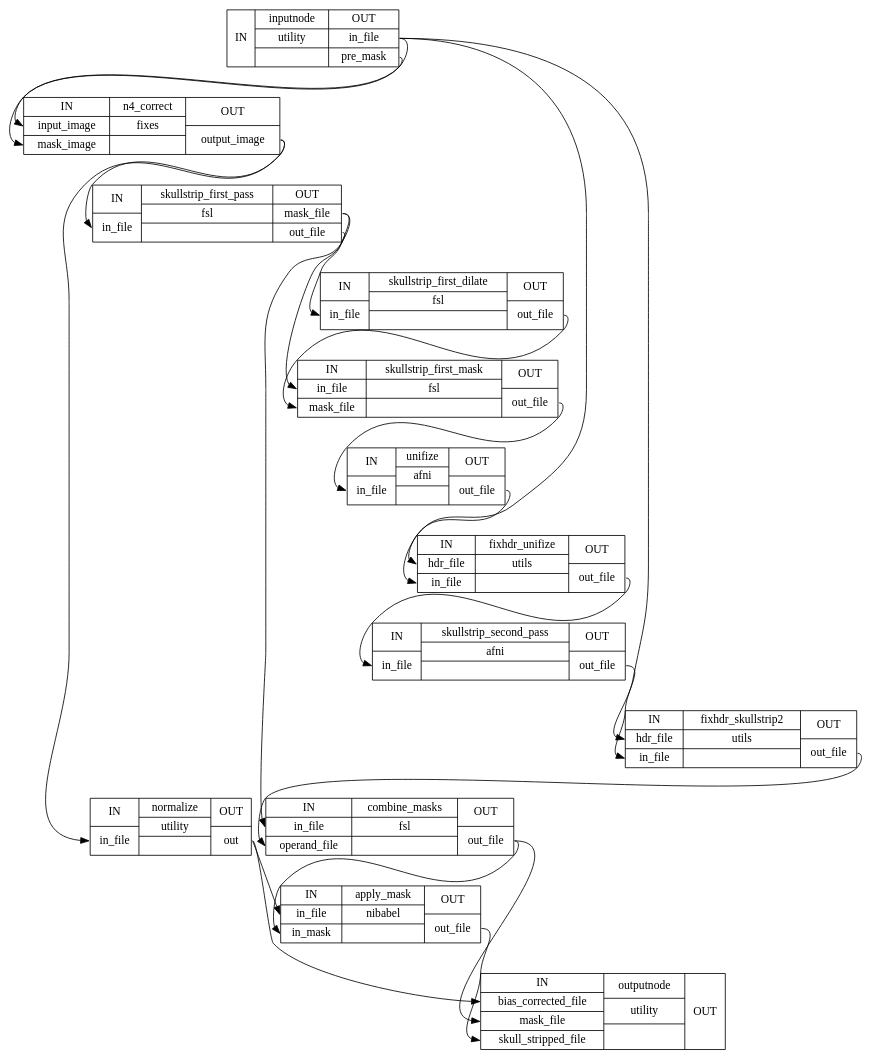
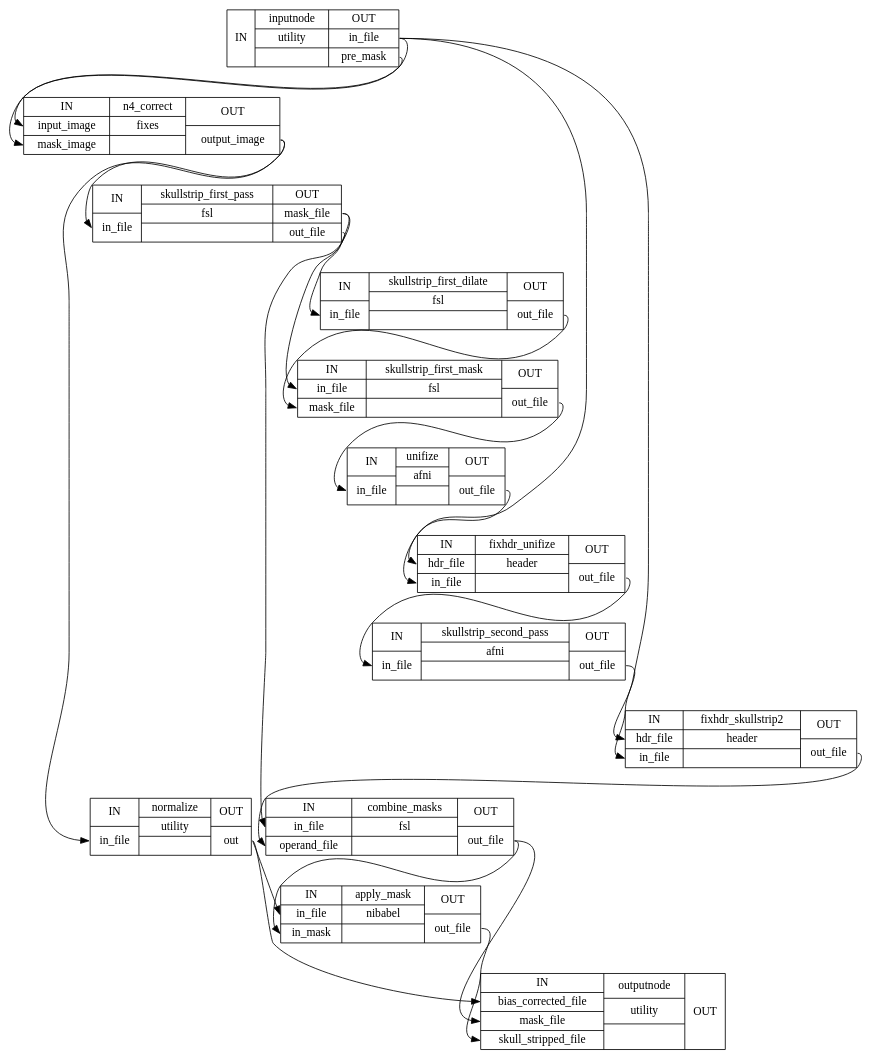
Before and after one commit to nipreps/dmriprep: the diagram in 0.3.0/wf_directive/api/enhance_and_skullstrip_dwi_wf/dmriprep-workflows-dwi-util-2_detailed.dot, drawn with Graphviz. The commit also changed 473 other files, not shown here.

```diff
--- a/0.3.0/wf_directive/api/enhance_and_skullstrip_dwi_wf/dmriprep-workflows-dwi-util-2_detailed.dot
+++ b/0.3.0/wf_directive/api/enhance_and_skullstrip_dwi_wf/dmriprep-workflows-dwi-util-2_detailed.dot
@@ -1,36 +1,36 @@
 digraph structs {
 node [shape=record];
 enhance_and_skullstrip_dwi_wfinputnode [label="{IN}|{ inputnode | utility |  }|{OUT|<outinfile> in_file|<outpremask> pre_mask}"];
 enhance_and_skullstrip_dwi_wfn4_correct [label="{IN|<ininputimage> input_image|<inmaskimage> mask_image}|{ n4_correct | fixes |  }|{OUT|<outoutputimage> output_image}"];
 enhance_and_skullstrip_dwi_wfnormalize [label="{IN|<ininfile> in_file}|{ normalize | utility |  }|{OUT|<outout> out}"];
 enhance_and_skullstrip_dwi_wfskullstrip_first_pass [label="{IN|<ininfile> in_file}|{ skullstrip_first_pass | fsl |  }|{OUT|<outmaskfile> mask_file|<outoutfile> out_file}"];
 enhance_and_skullstrip_dwi_wfskullstrip_first_dilate [label="{IN|<ininfile> in_file}|{ skullstrip_first_dilate | fsl |  }|{OUT|<outoutfile> out_file}"];
 enhance_and_skullstrip_dwi_wfskullstrip_first_mask [label="{IN|<ininfile> in_file|<inmaskfile> mask_file}|{ skullstrip_first_mask | fsl |  }|{OUT|<outoutfile> out_file}"];
 enhance_and_skullstrip_dwi_wfunifize [label="{IN|<ininfile> in_file}|{ unifize | afni |  }|{OUT|<outoutfile> out_file}"];
-enhance_and_skullstrip_dwi_wffixhdr_unifize [label="{IN|<inhdrfile> hdr_file|<ininfile> in_file}|{ fixhdr_unifize | utils |  }|{OUT|<outoutfile> out_file}"];
+enhance_and_skullstrip_dwi_wffixhdr_unifize [label="{IN|<inhdrfile> hdr_file|<ininfile> in_file}|{ fixhdr_unifize | header |  }|{OUT|<outoutfile> out_file}"];
 enhance_and_skullstrip_dwi_wfskullstrip_second_pass [label="{IN|<ininfile> in_file}|{ skullstrip_second_pass | afni |  }|{OUT|<outoutfile> out_file}"];
-enhance_and_skullstrip_dwi_wffixhdr_skullstrip2 [label="{IN|<inhdrfile> hdr_file|<ininfile> in_file}|{ fixhdr_skullstrip2 | utils |  }|{OUT|<outoutfile> out_file}"];
+enhance_and_skullstrip_dwi_wffixhdr_skullstrip2 [label="{IN|<inhdrfile> hdr_file|<ininfile> in_file}|{ fixhdr_skullstrip2 | header |  }|{OUT|<outoutfile> out_file}"];
 enhance_and_skullstrip_dwi_wfcombine_masks [label="{IN|<ininfile> in_file|<inoperandfile> operand_file}|{ combine_masks | fsl |  }|{OUT|<outoutfile> out_file}"];
 enhance_and_skullstrip_dwi_wfapply_mask [label="{IN|<ininfile> in_file|<ininmask> in_mask}|{ apply_mask | nibabel |  }|{OUT|<outoutfile> out_file}"];
 enhance_and_skullstrip_dwi_wfoutputnode [label="{IN|<inbiascorrectedfile> bias_corrected_file|<inmaskfile> mask_file|<inskullstrippedfile> skull_stripped_file}|{ outputnode | utility |  }|{OUT}"];
 enhance_and_skullstrip_dwi_wfapply_mask:outoutfile:e -> enhance_and_skullstrip_dwi_wfoutputnode:inskullstrippedfile:w;
 enhance_and_skullstrip_dwi_wfcombine_masks:outoutfile:e -> enhance_and_skullstrip_dwi_wfapply_mask:ininmask:w;
 enhance_and_skullstrip_dwi_wfcombine_masks:outoutfile:e -> enhance_and_skullstrip_dwi_wfoutputnode:inmaskfile:w;
 enhance_and_skullstrip_dwi_wffixhdr_skullstrip2:outoutfile:e -> enhance_and_skullstrip_dwi_wfcombine_masks:inoperandfile:w;
 enhance_and_skullstrip_dwi_wffixhdr_unifize:outoutfile:e -> enhance_and_skullstrip_dwi_wfskullstrip_second_pass:ininfile:w;
 enhance_and_skullstrip_dwi_wfinputnode:outinfile:e -> enhance_and_skullstrip_dwi_wffixhdr_skullstrip2:inhdrfile:w;
 enhance_and_skullstrip_dwi_wfinputnode:outinfile:e -> enhance_and_skullstrip_dwi_wffixhdr_unifize:inhdrfile:w;
 enhance_and_skullstrip_dwi_wfinputnode:outinfile:e -> enhance_and_skullstrip_dwi_wfn4_correct:ininputimage:w;
 enhance_and_skullstrip_dwi_wfinputnode:outpremask:e -> enhance_and_skullstrip_dwi_wfn4_correct:inmaskimage:w;
 enhance_and_skullstrip_dwi_wfn4_correct:outoutputimage:e -> enhance_and_skullstrip_dwi_wfnormalize:ininfile:w;
 enhance_and_skullstrip_dwi_wfn4_correct:outoutputimage:e -> enhance_and_skullstrip_dwi_wfskullstrip_first_pass:ininfile:w;
 enhance_and_skullstrip_dwi_wfnormalize:outout:e -> enhance_and_skullstrip_dwi_wfapply_mask:ininfile:w;
 enhance_and_skullstrip_dwi_wfnormalize:outout:e -> enhance_and_skullstrip_dwi_wfoutputnode:inbiascorrectedfile:w;
 enhance_and_skullstrip_dwi_wfskullstrip_first_dilate:outoutfile:e -> enhance_and_skullstrip_dwi_wfskullstrip_first_mask:inmaskfile:w;
 enhance_and_skullstrip_dwi_wfskullstrip_first_mask:outoutfile:e -> enhance_and_skullstrip_dwi_wfunifize:ininfile:w;
 enhance_and_skullstrip_dwi_wfskullstrip_first_pass:outmaskfile:e -> enhance_and_skullstrip_dwi_wfcombine_masks:ininfile:w;
 enhance_and_skullstrip_dwi_wfskullstrip_first_pass:outmaskfile:e -> enhance_and_skullstrip_dwi_wfskullstrip_first_dilate:ininfile:w;
 enhance_and_skullstrip_dwi_wfskullstrip_first_pass:outoutfile:e -> enhance_and_skullstrip_dwi_wfskullstrip_first_mask:ininfile:w;
 enhance_and_skullstrip_dwi_wfskullstrip_second_pass:outoutfile:e -> enhance_and_skullstrip_dwi_wffixhdr_skullstrip2:ininfile:w;
 enhance_and_skullstrip_dwi_wfunifize:outoutfile:e -> enhance_and_skullstrip_dwi_wffixhdr_unifize:ininfile:w;
 }
```
